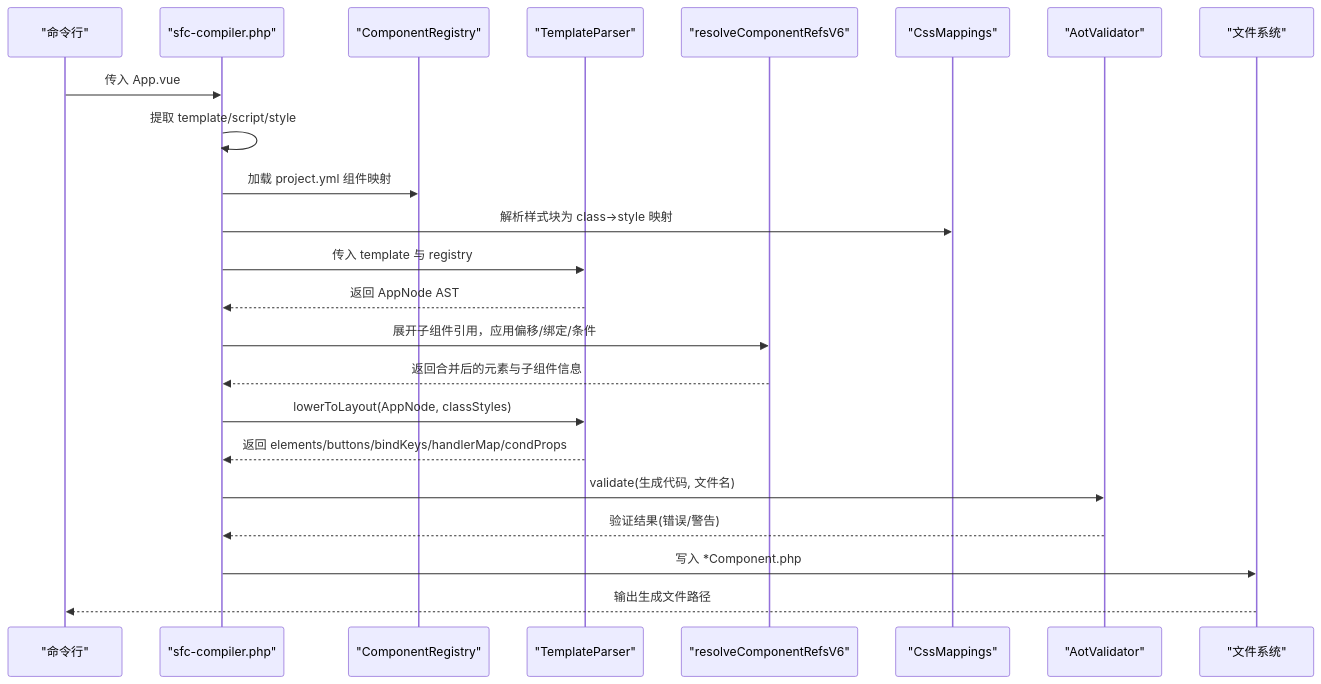
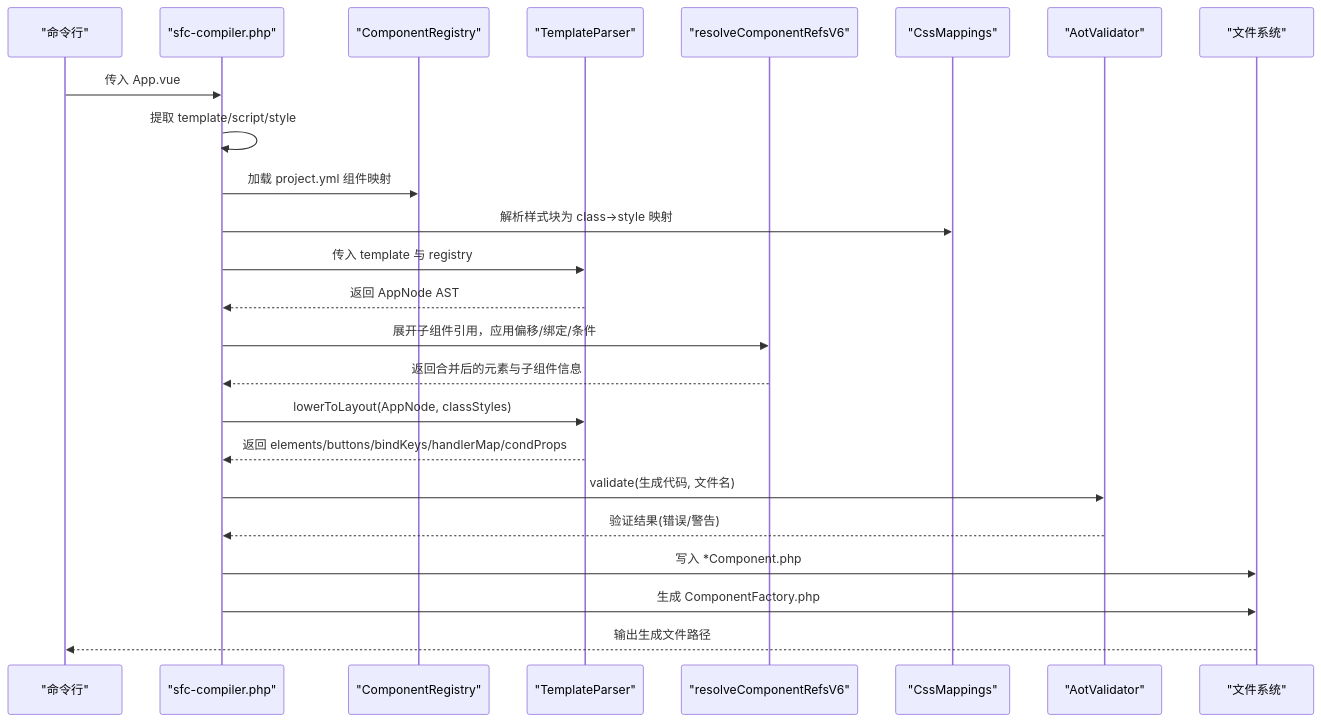
One commit to xingye00186/PUI changed the second of 11 diagrams in .qoder/repowiki/zh/content/核心架构设计/编译器架构.md. Above: the diagram before and after it, drawn with Mermaid. The commit also changed other lines of this file and 10 other files, not shown here.

````diff
--- a/.qoder/repowiki/zh/content/核心架构设计/编译器架构.md
+++ b/.qoder/repowiki/zh/content/核心架构设计/编译器架构.md
@@ -108,25 +122,26 @@
 ```mermaid
 sequenceDiagram
 participant CLI as "命令行"
 participant SC as "sfc-compiler.php"
 participant REG as "ComponentRegistry"
 participant TP as "TemplateParser"
 participant CR as "resolveComponentRefsV6"
 participant CSS as "CssMappings"
 participant VAL as "AotValidator"
 participant FS as "文件系统"
 CLI->>SC : 传入 App.vue
 SC->>SC : 提取 template/script/style
 SC->>REG : 加载 project.yml 组件映射
 SC->>CSS : 解析样式块为 class→style 映射
 SC->>TP : 传入 template 与 registry
 TP-->>SC : 返回 AppNode AST
 SC->>CR : 展开子组件引用，应用偏移/绑定/条件
 CR-->>SC : 返回合并后的元素与子组件信息
 SC->>TP : lowerToLayout(AppNode, classStyles)
 TP-->>SC : 返回 elements/buttons/bindKeys/handlerMap/condProps
 SC->>VAL : validate(生成代码, 文件名)
 VAL-->>SC : 验证结果(错误/警告)
 SC->>FS : 写入 *Component.php
+SC->>FS : 生成 ComponentFactory.php
 FS-->>CLI : 输出生成文件路径
 ```
````
